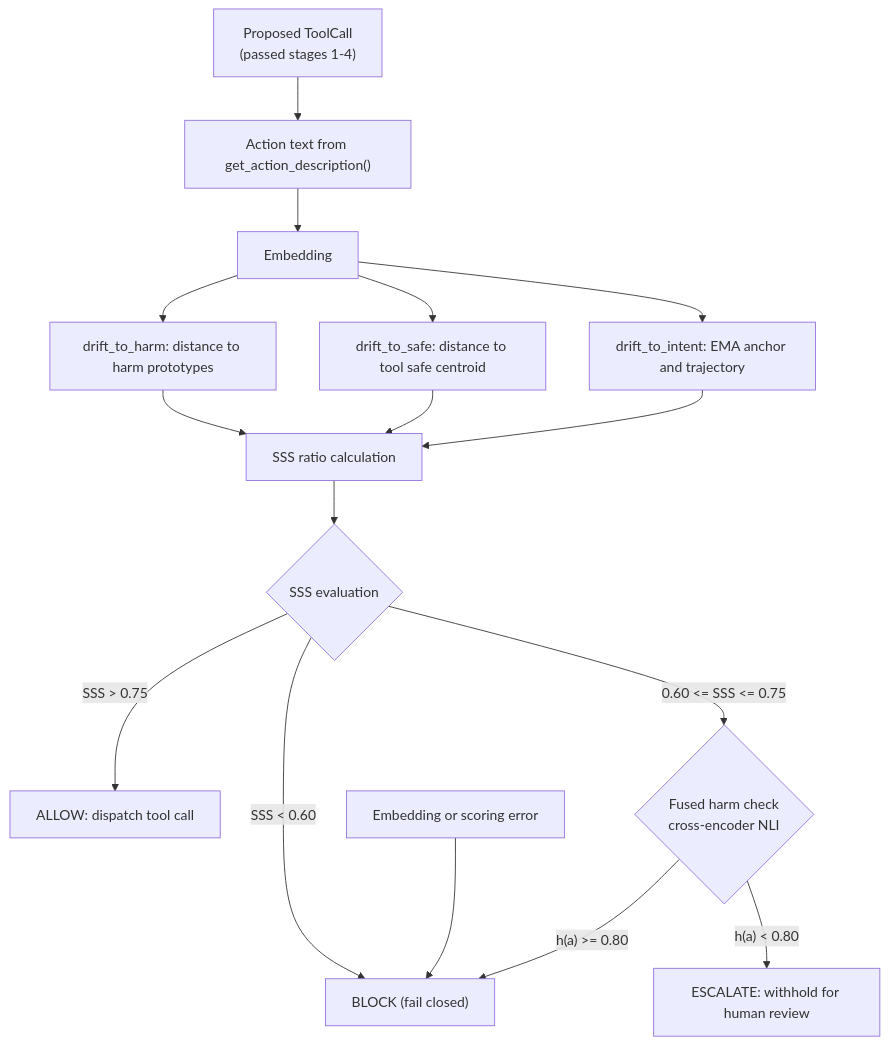
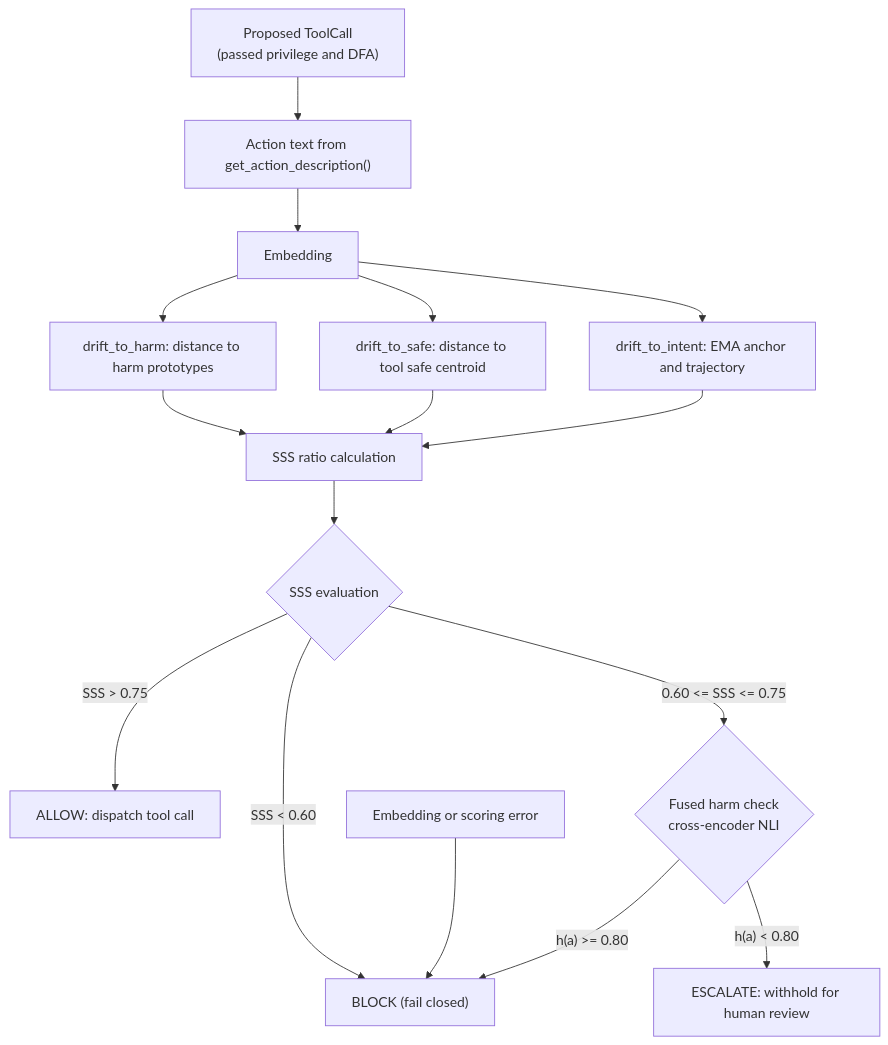
The diagram in docs/stages/semantic-firewall.md (CharafeddineMechalikh/GATE), drawn with Mermaid before and after one commit. The commit also changed other lines of this file and 40 other files, not shown here.

Commit message:
gate: v1.3.0 six-layer pipeline (privilege, DFA, semantic, IFC, contracts, D-CBF), new IFC stage and deny-dominant escalation; docs/figures rebased on 1,957, version bump (gate/core/monitor.py, gate/security/ifc.py, gate/__init__.py, docs/, README.md, CHANGELOG.md, pyproject.toml, tests/)

````diff
--- a/docs/stages/semantic-firewall.md
+++ b/docs/stages/semantic-firewall.md
@@ -45,18 +45,18 @@
 ```mermaid
 flowchart TD
-    A["Proposed ToolCall<br>(passed stages 1-4)"] --> B["Action text from get_action_description()"]
+    A["Proposed ToolCall<br>(passed privilege and DFA)"] --> B["Action text from get_action_description()"]
     B --> C["Embedding"]
     C --> D["drift_to_harm: distance to harm prototypes"]
     C --> E["drift_to_safe: distance to tool safe centroid"]
     C --> F["drift_to_intent: EMA anchor and trajectory"]
     D --> G["SSS ratio calculation"]
     E --> G
     F --> G
     G --> H{"SSS evaluation"}
     H -->|"SSS > 0.75"| I["ALLOW: dispatch tool call"]
     H -->|"SSS < 0.60"| K["BLOCK (fail closed)"]
     H -->|"0.60 <= SSS <= 0.75"| N{"Fused harm check<br>cross-encoder NLI"}
     N -->|"h(a) >= 0.80"| K
     N -->|"h(a) < 0.80"| J["ESCALATE: withhold for human review"]
     L["Embedding or scoring error"] --> K
 ```
````
